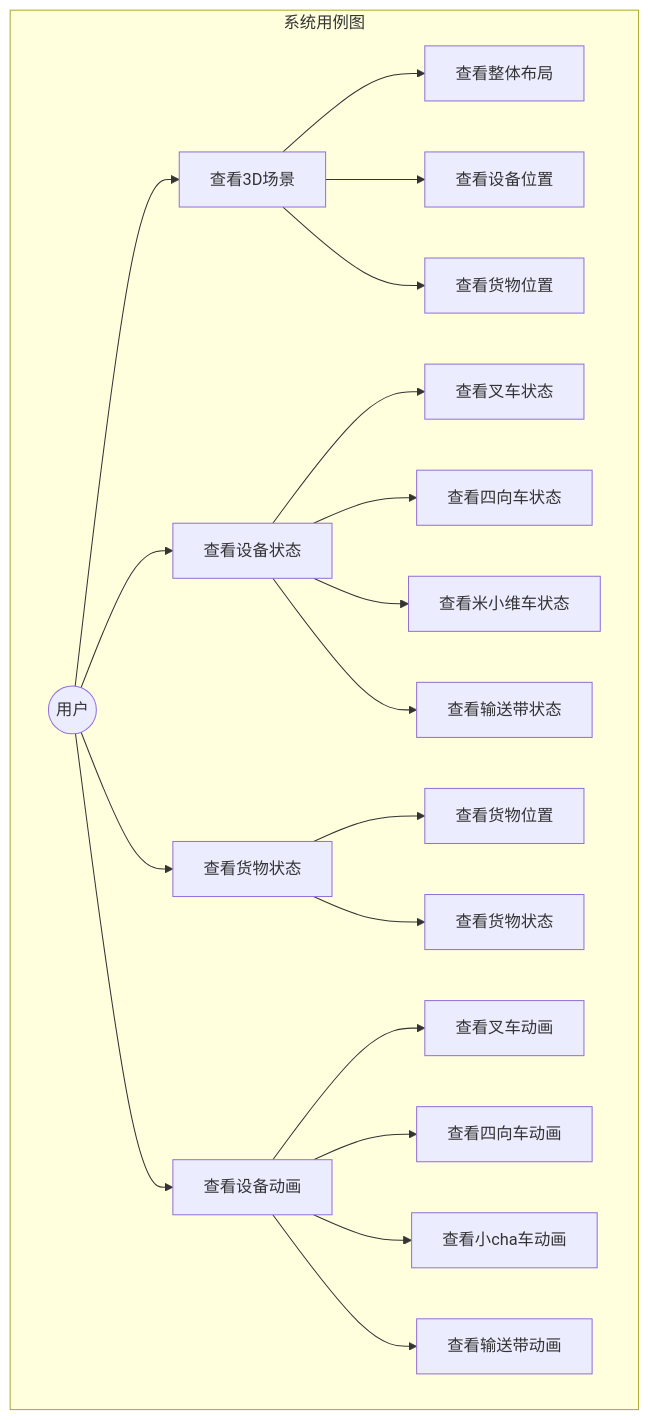
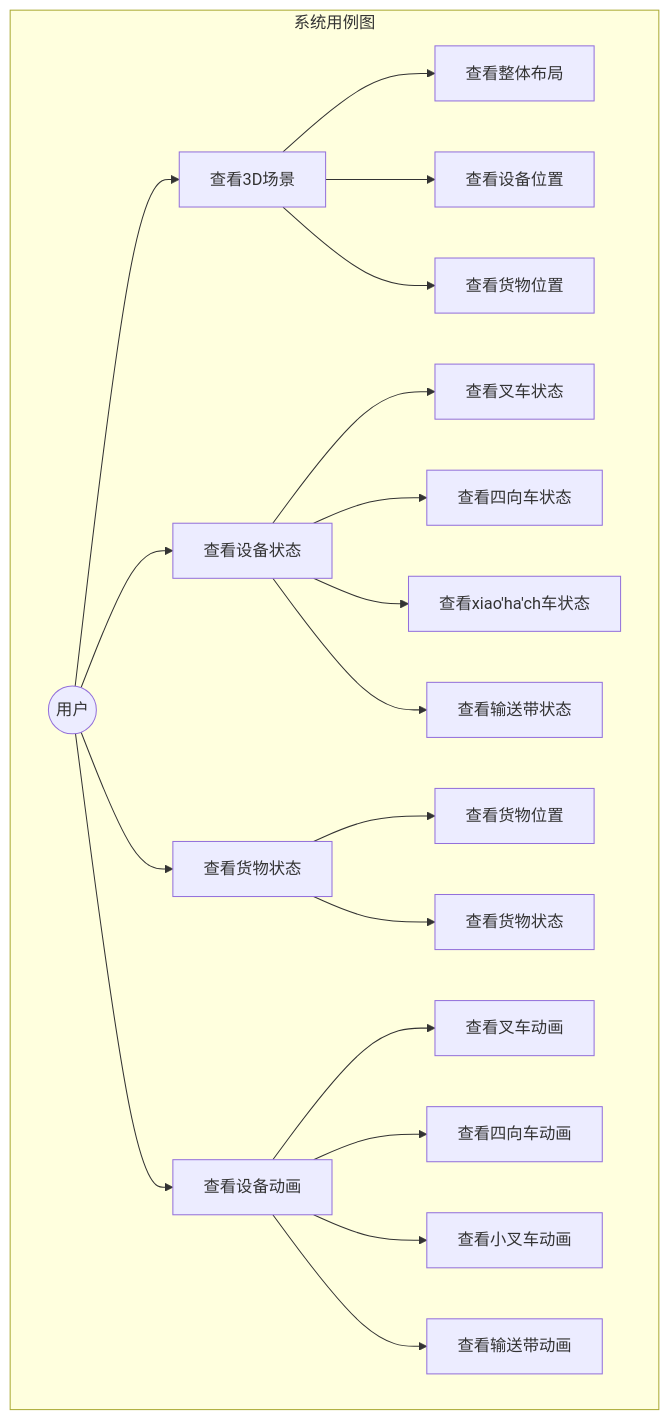
Before and after one commit to Mrmilu212/iodraw-files: the diagram in all/未命名.md, drawn with Mermaid.

Commit message:
2025-05-18 21:18:06 update

````diff
--- a/all/未命名.md
+++ b/all/未命名.md
@@ -1,27 +1,27 @@
 ```mermaid
 graph TB
     subgraph 系统用例图
     direction LR
     A((用户)) --> B[查看3D场景]
     A --> C[查看设备状态]
     A --> D[查看货物状态]
     A --> E[查看设备动画]
     
     B --> B1[查看整体布局]
     B --> B2[查看设备位置]
     B --> B3[查看货物位置]
     
     C --> C1[查看叉车状态]
     C --> C2[查看四向车状态]
-    C --> C3[查看米小维车状态]
+    C --> C3[查看xiao'ha'ch车状态]
     C --> C4[查看输送带状态]
     
     D --> D1[查看货物位置]
     D --> D2[查看货物状态]
     
     E --> E1[查看叉车动画]
     E --> E2[查看四向车动画]
-    E --> E3[查看小cha车动画]
+    E --> E3[查看小叉车动画]
     E --> E4[查看输送带动画]
     end  
 ```
````
